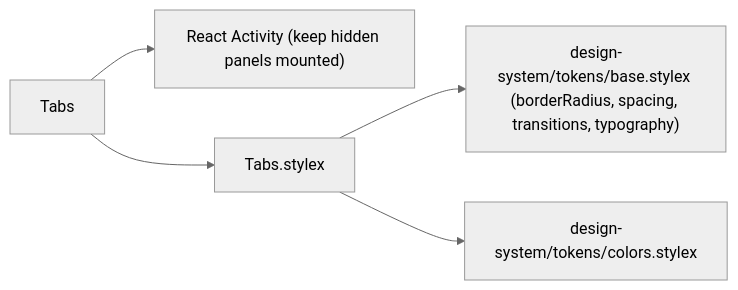
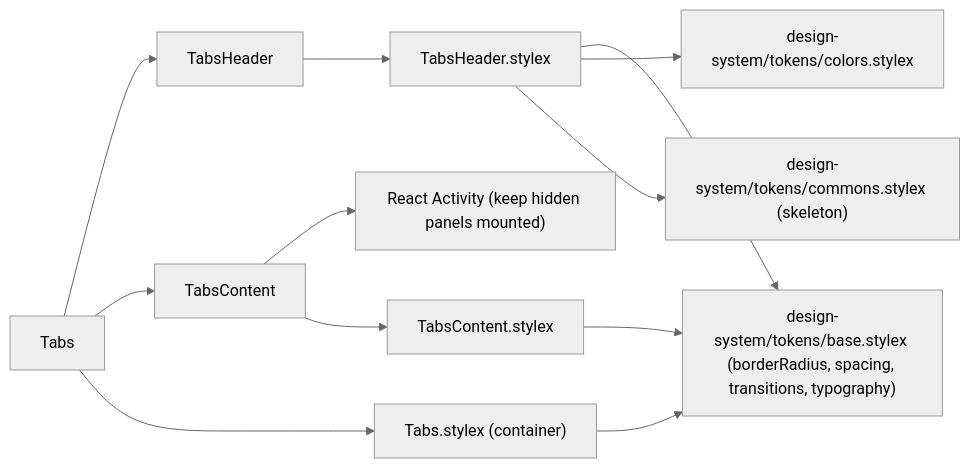
Before and after one commit to luciocabrera/lcabrera-stack: the first of 2 diagrams in packages/ui/src/components/Tabs/ARCHITECTURE.md, drawn with Mermaid (neutral theme). The commit also changed other lines of this file and 117 other files, not shown here.

````diff
--- a/packages/ui/src/components/Tabs/ARCHITECTURE.md
+++ b/packages/ui/src/components/Tabs/ARCHITECTURE.md
@@ -17,7 +27,14 @@
 ```mermaid
 graph LR
-  Tabs --> Activity["React Activity (keep hidden panels mounted)"]
-  Tabs --> Tabs_stylex["Tabs.stylex"]
-  Tabs_stylex --> base_tokens["design-system/tokens/base.stylex (borderRadius, spacing, transitions, typography)"]
-  Tabs_stylex --> colors["design-system/tokens/colors.stylex"]
+  Tabs --> TabsHeader
+  Tabs --> TabsContent
+  Tabs --> Tabs_stylex["Tabs.stylex (container)"]
+  TabsHeader --> TabsHeader_stylex["TabsHeader.stylex"]
+  TabsContent --> Activity["React Activity (keep hidden panels mounted)"]
+  TabsContent --> TabsContent_stylex["TabsContent.stylex"]
+  TabsHeader_stylex --> base_tokens["design-system/tokens/base.stylex (borderRadius, spacing, transitions, typography)"]
+  TabsHeader_stylex --> colors["design-system/tokens/colors.stylex"]
+  TabsHeader_stylex --> commons["design-system/tokens/commons.stylex (skeleton)"]
+  TabsContent_stylex --> base_tokens
+  Tabs_stylex --> base_tokens
 ```
````
